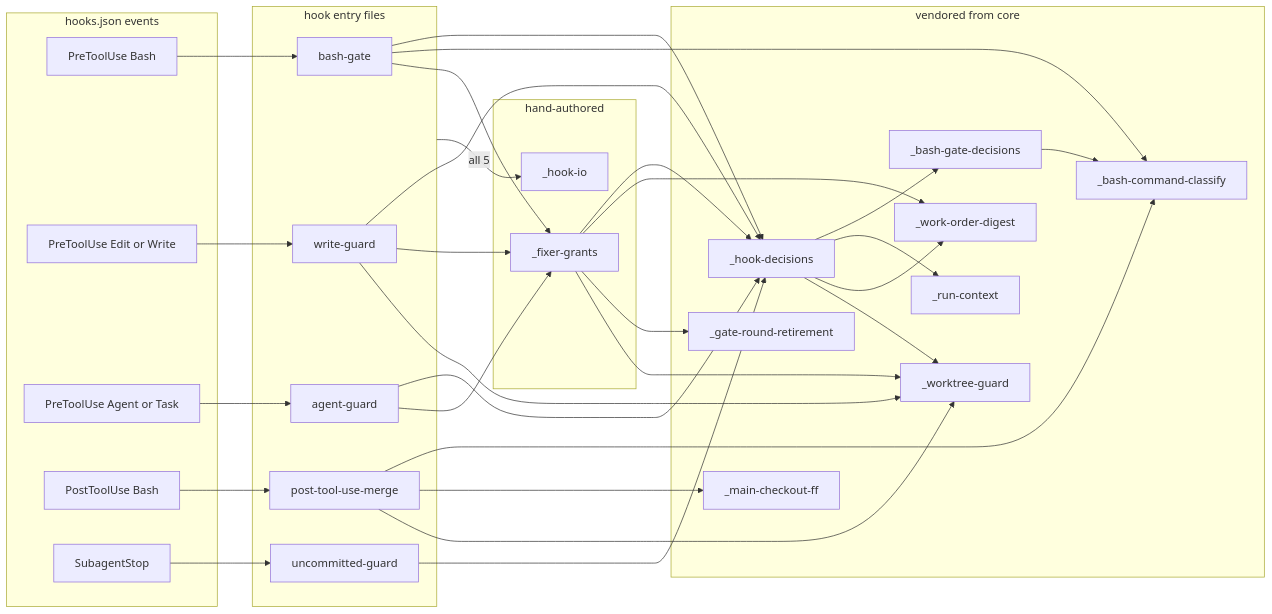
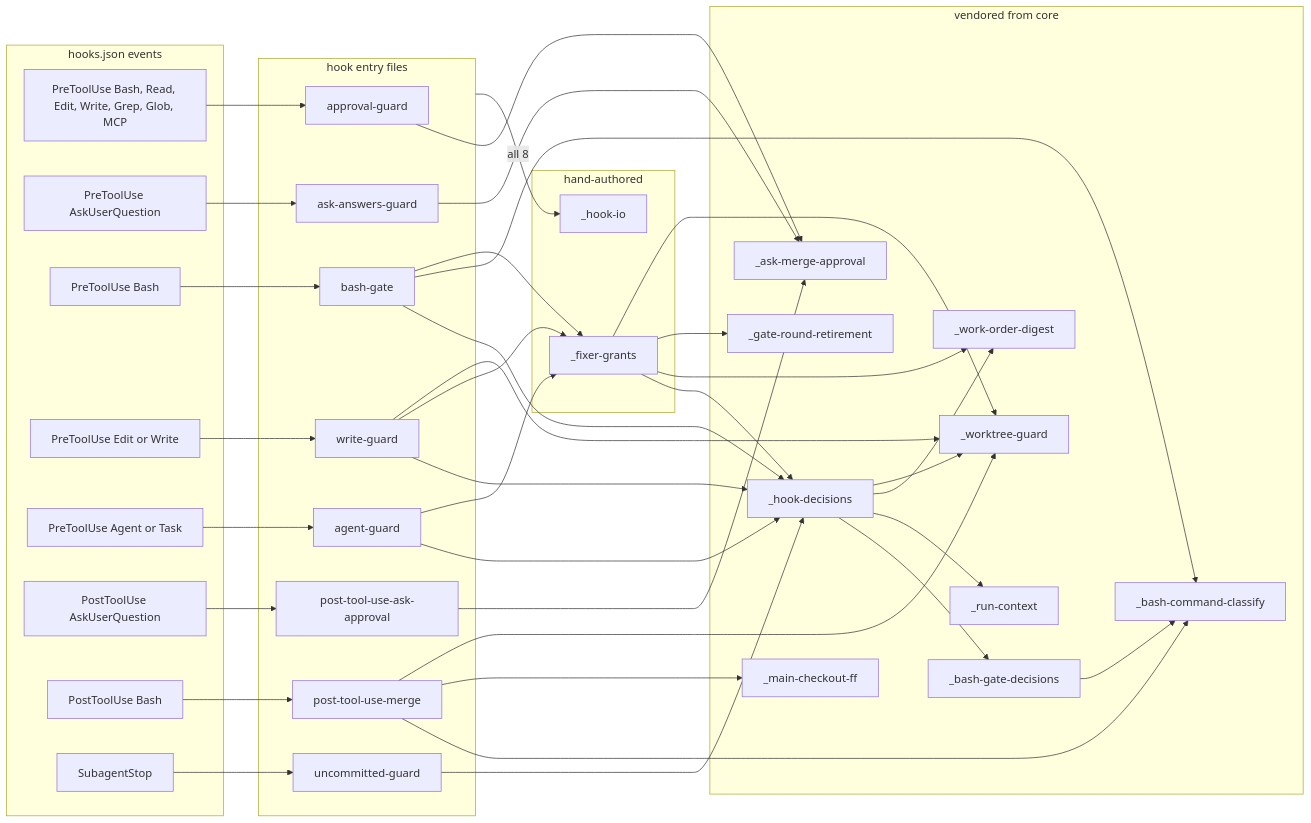
Diagram 14 of 14 in docs/atlas/01-system-context.md (mfittko/dev-loops), drawn with Mermaid before and after one commit. The commit also changed other lines of this file, not shown here.

````diff
--- a/docs/atlas/01-system-context.md
+++ b/docs/atlas/01-system-context.md
@@ -434,58 +439,71 @@
 ```mermaid
 flowchart LR
   subgraph events["hooks.json events"]
+    eTools["PreToolUse Bash, Read, Edit, Write, Grep, Glob, MCP"]
+    eAsk["PreToolUse AskUserQuestion"]
     eBash["PreToolUse Bash"]
     eWrite["PreToolUse Edit or Write"]
     eAgent["PreToolUse Agent or Task"]
+    ePostAsk["PostToolUse AskUserQuestion"]
     ePost["PostToolUse Bash"]
     eStop["SubagentStop"]
   end
   subgraph entries["hook entry files"]
+    approvalGuard["approval-guard"]
+    askAnswers["ask-answers-guard"]
     bashGate["bash-gate"]
     writeGuard["write-guard"]
     agentGuard["agent-guard"]
+    askApproval["post-tool-use-ask-approval"]
     merge["post-tool-use-merge"]
     stopGuard["uncommitted-guard"]
   end
   subgraph hand["hand-authored"]
     io["_hook-io"]
     grants["_fixer-grants"]
   end
   subgraph vendored["vendored from core"]
     decisions["_hook-decisions"]
     classify["_bash-command-classify"]
     gateDec["_bash-gate-decisions"]
     runCtx["_run-context"]
     wtGuard["_worktree-guard"]
     ff["_main-checkout-ff"]
     digest["_work-order-digest"]
     retire["_gate-round-retirement"]
+    askMerge["_ask-merge-approval"]
   end
+  eTools --> approvalGuard
+  eAsk --> askAnswers
   eBash --> bashGate
   eWrite --> writeGuard
   eAgent --> agentGuard
+  ePostAsk --> askApproval
   ePost --> merge
   eStop --> stopGuard
-  entries -->|"all 5"| io
+  entries -->|"all 8"| io
+  approvalGuard --> askMerge
+  askAnswers --> askMerge
+  askApproval --> askMerge
   bashGate --> decisions
   bashGate --> classify
   bashGate --> grants
   writeGuard --> decisions
   writeGuard --> grants
   writeGuard --> wtGuard
   agentGuard --> decisions
   agentGuard --> grants
   merge --> classify
   merge --> ff
   merge --> wtGuard
   stopGuard --> decisions
   decisions --> gateDec
   decisions --> runCtx
   decisions --> digest
   decisions --> wtGuard
   gateDec --> classify
   grants --> decisions
   grants --> digest
   grants --> retire
   grants --> wtGuard
 ```
````
